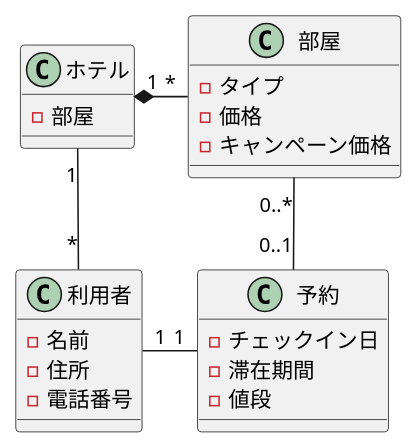
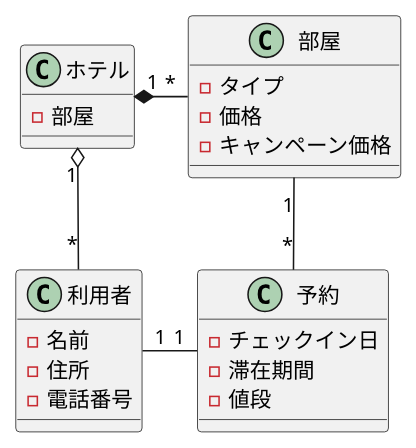
The diagram in 演習3-3_CL_ホテルと利用者と部屋と予約.pu (Takhshi/uml-introduction), drawn with PlantUML before and after one commit. The commit also changed 1 other file, not shown here.

```diff
--- a/演習3-3_CL_ホテルと利用者と部屋と予約.pu
+++ b/演習3-3_CL_ホテルと利用者と部屋と予約.pu
@@ -1,25 +1,25 @@
 @startuml ホテルと利用者と部屋と予約
 ' left to right direction
 class "利用者" as user {
 - 名前
 - 住所
 - 電話番号
 }
 class "ホテル" as hotel {
 - 部屋
 }
 class "部屋" as room {
 - タイプ
 - 価格
 - キャンペーン価格
 }
 class "予約" as reserve {
 - チェックイン日
 - 滞在期間
 - 値段
 }
 hotel "1" *- "*" room
-hotel "1" - "*" user
+hotel "1" o-- "*" user
 user "1" - "1" reserve
-room "0..*" O-- "0..1" reserve
+room "1" -- "*" reserve
 @enduml
```
